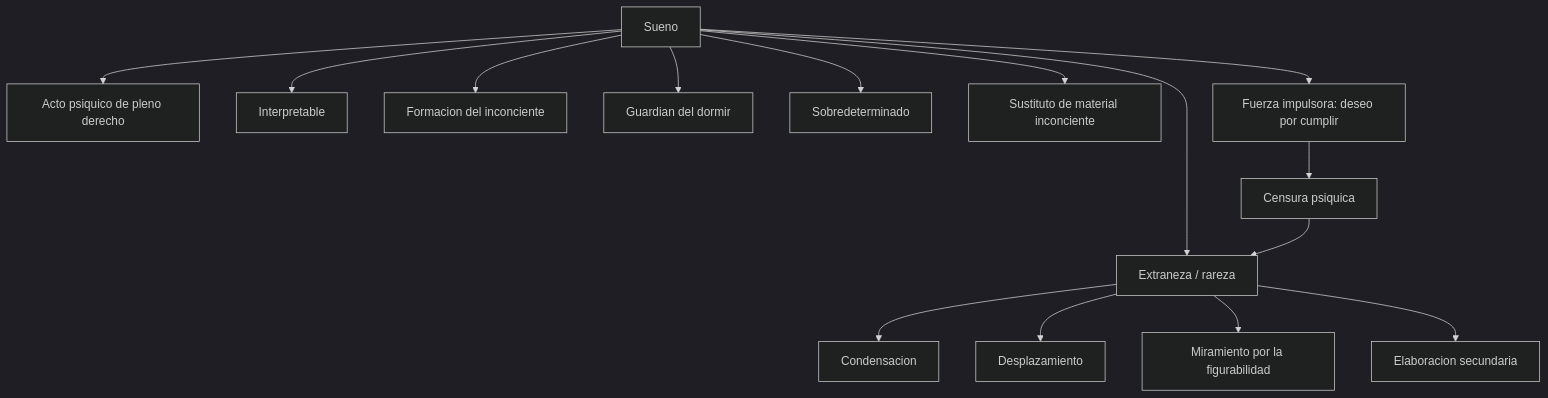
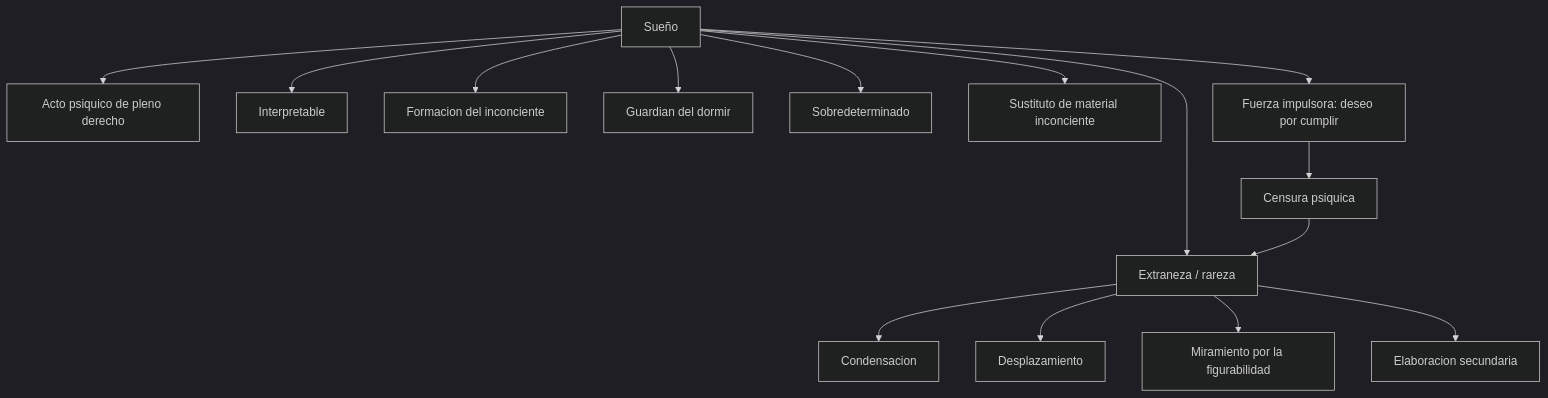
One commit to javifernandes/psicoanalisis-freud-laznik changed diagram 24 of 28 in libro/bookops/04-apendice-investigacion-parcial/02-material-crudo-guias-y-notas.md. Above: the diagram before and after it, drawn with Mermaid (dark theme). The commit also changed other lines of this file and 30 other files, not shown here.

````diff
--- a/libro/bookops/04-apendice-investigacion-parcial/02-material-crudo-guias-y-notas.md
+++ b/libro/bookops/04-apendice-investigacion-parcial/02-material-crudo-guias-y-notas.md
@@ -1351,17 +1351,17 @@
 ```mermaid
 flowchart TD
-  A["Sueno"] --> B["Acto psiquico de pleno derecho"]
+  A["Sueño"] --> B["Acto psiquico de pleno derecho"]
   A --> C["Interpretable"]
   A --> D["Formacion del inconciente"]
   A --> E["Guardian del dormir"]
   A --> F["Sobredeterminado"]
   A --> G["Sustituto de material inconciente"]
   A --> H["Fuerza impulsora: deseo por cumplir"]
   A --> I["Extraneza / rareza"]
   I --> J["Condensacion"]
   I --> K["Desplazamiento"]
   I --> L["Miramiento por la figurabilidad"]
   I --> M["Elaboracion secundaria"]
   H --> N["Censura psiquica"]
   N --> I
 ```
````
